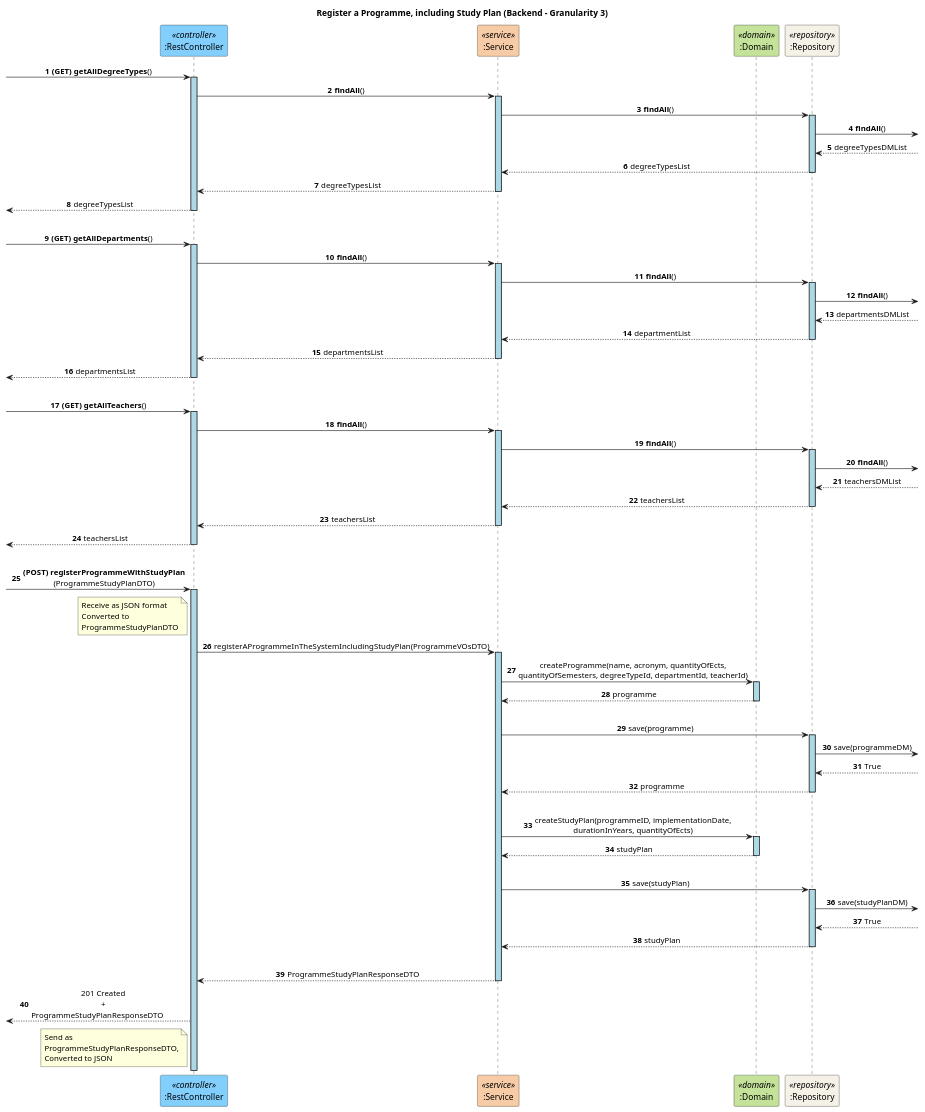
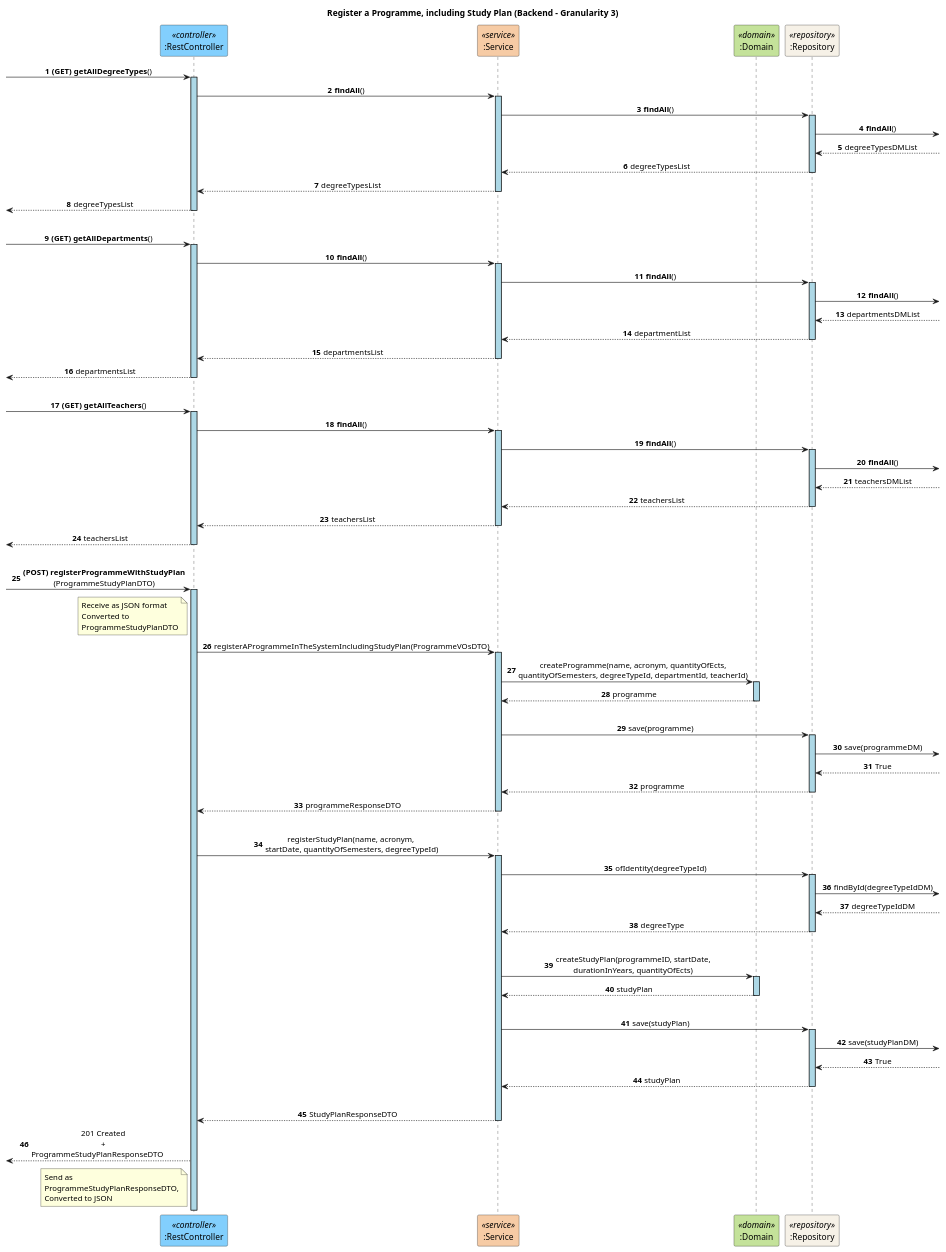
One commit to GasparISEP/DevOps-PAI changed the diagram in docs/US27/Sprint6/ProcessView/Level3.puml. Above: the diagram before and after it, drawn with PlantUML.

Commit message:
Refactor level 3 process view diagram for register programme, including study plan; separate creation of studyPlan from Programme. (Ref #527)

```diff
--- a/docs/US27/Sprint6/ProcessView/Level3.puml
+++ b/docs/US27/Sprint6/ProcessView/Level3.puml
@@ -1,99 +1,110 @@
 @startuml
 title Register a Programme, including Study Plan (Backend - Granularity 3)
 skinparam sequenceLifeLineBackgroundColor lightblue
 skinparam sequenceMessageAlign center
 autonumber
 
 participant ":RestController" as RestController <<controller>> #82CFFD
 participant ":Service" as Service <<service>> #F6CBA5
 participant ":Domain" as Domain <<domain>> #C4E29A
 participant ":Repository" as Repository <<repository>> #F6F1E7
 
 -> RestController: **(GET) getAllDegreeTypes**()
 activate RestController
 RestController -> Service: **findAll**()
 activate Service
 Service -> Repository: **findAll**()
 activate Repository
 Repository -> : **findAll**()
 Repository <-- : degreeTypesDMList
 Repository --> Service: degreeTypesList
 deactivate Repository
 Service --> RestController: degreeTypesList
 deactivate Service
 <-- RestController: degreeTypesList
 deactivate RestController
 |||
 -> RestController: **(GET) getAllDepartments**()
 activate RestController
 RestController -> Service: **findAll**()
 activate Service
 Service -> Repository: **findAll**()
 activate Repository
 Repository -> : **findAll**()
 Repository <-- : departmentsDMList
 Repository --> Service: departmentList
 deactivate Repository
 Service --> RestController: departmentsList
 deactivate Service
 <-- RestController: departmentsList
 deactivate RestController
 |||
 -> RestController: **(GET) getAllTeachers**()
 activate RestController
 RestController -> Service: **findAll**()
 activate Service
 Service -> Repository: **findAll**()
 activate Repository
 Repository -> : **findAll**()
 Repository <-- : teachersDMList
 Repository --> Service: teachersList
 deactivate Repository
 Service --> RestController: teachersList
 deactivate Service
 <-- RestController: teachersList
 deactivate RestController
 |||
 -> RestController: **(POST) registerProgrammeWithStudyPlan**\n(ProgrammeStudyPlanDTO)
 activate RestController
 note left of RestController
   Receive as JSON format
   Converted to
   ProgrammeStudyPlanDTO
 end note
 
 RestController -> Service: registerAProgrammeInTheSystemIncludingStudyPlan(ProgrammeVOsDTO)
 activate Service
 Service -> Domain: createProgramme(name, acronym, quantityOfEcts,\nquantityOfSemesters, degreeTypeId, departmentId, teacherId)
 activate Domain
 Domain --> Service: programme
 deactivate Domain
 |||
 Service -> Repository: save(programme)
 activate Repository
 Repository -> : save(programmeDM)
 Repository <-- : True
 Repository --> Service: programme
 deactivate Repository
+Service --> RestController: programmeResponseDTO
+deactivate Service
 |||
-Service -> Domain: createStudyPlan(programmeID, implementationDate,\ndurationInYears, quantityOfEcts)
+RestController -> Service: registerStudyPlan(name, acronym, \nstartDate, quantityOfSemesters, degreeTypeId)
+activate Service
+Service -> Repository: ofIdentity(degreeTypeId)
+activate Repository
+Repository -> : findById(degreeTypeIdDM)
+Repository <-- : degreeTypeIdDM
+Repository --> Service: degreeType
+deactivate Repository
+|||
+Service -> Domain: createStudyPlan(programmeID, startDate,\ndurationInYears, quantityOfEcts)
 activate Domain
 Domain --> Service: studyPlan
 deactivate Domain
 |||
 Service -> Repository: save(studyPlan)
 activate Repository
 Repository -> : save(studyPlanDM)
 Repository <-- : True
 Repository --> Service: studyPlan
 deactivate Repository
 |||
-Service --> RestController: ProgrammeStudyPlanResponseDTO
+Service --> RestController: StudyPlanResponseDTO
 deactivate Service
 <-- RestController: 201 Created \n+ \nProgrammeStudyPlanResponseDTO\t
 note left RestController
   Send as
   ProgrammeStudyPlanResponseDTO,
   Converted to JSON
 end note
 @enduml
```
